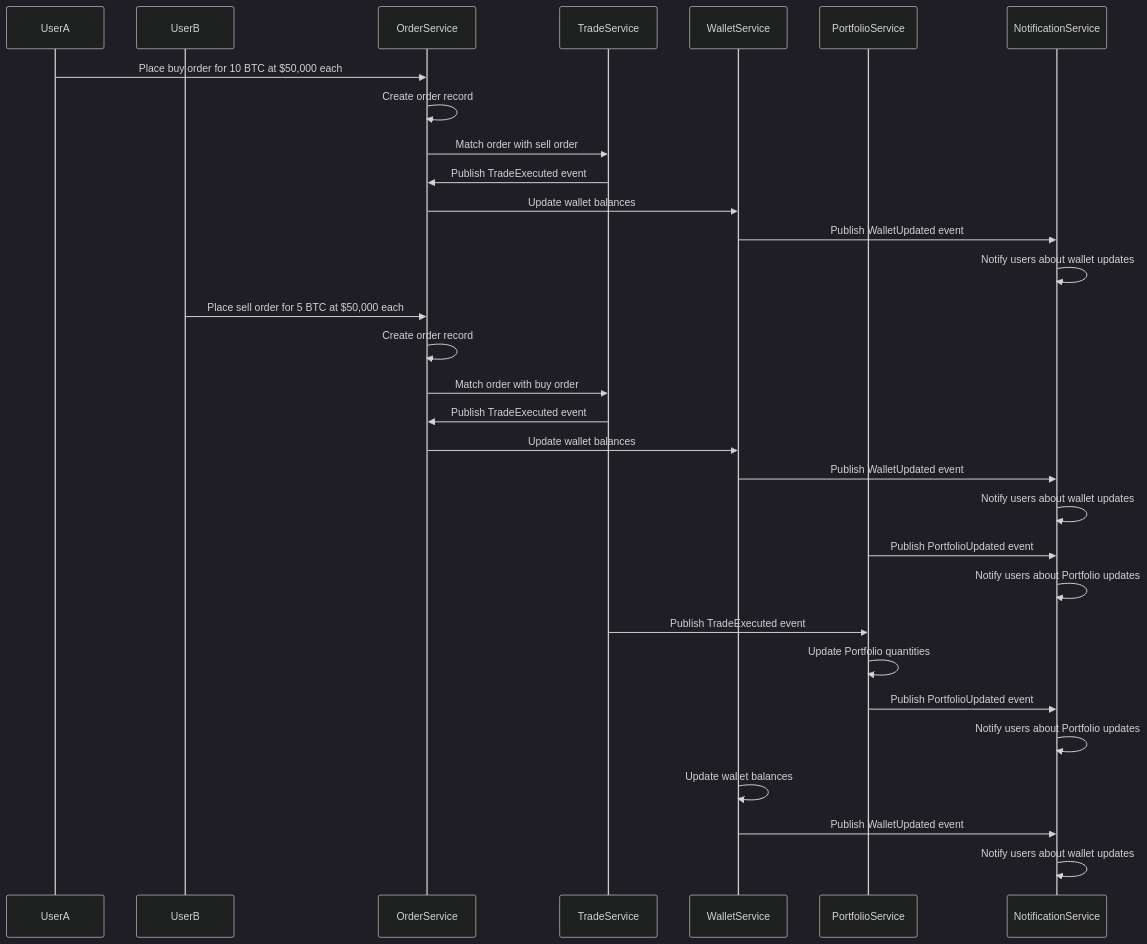
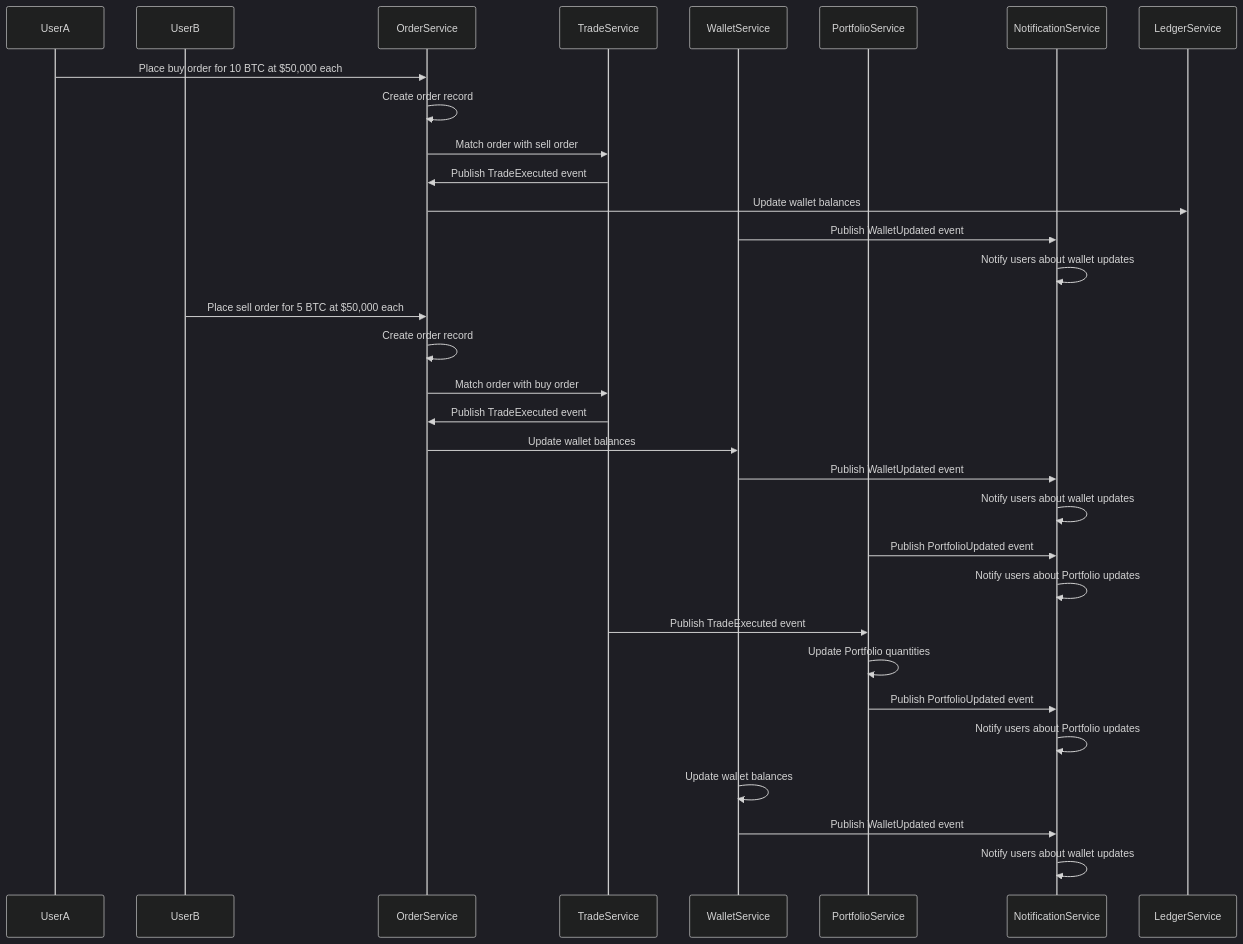
Before and after one commit to chicheongweng/bxn-exchange-design: the diagram in README.md, drawn with Mermaid (dark theme). The commit also changed other lines of this file and 2 other files, not shown here.

Commit message:
update ledger-service

````diff
--- a/README.md
+++ b/README.md
@@ -196,39 +198,39 @@
 ```mermaid
 sequenceDiagram
     participant UserA
     participant UserB
     participant OrderService
     participant TradeService
     participant WalletService
     participant PortfolioService
     participant NotificationService
 
     UserA->>OrderService: Place buy order for 10 BTC at $50,000 each
     OrderService->>OrderService: Create order record
     OrderService->>TradeService: Match order with sell order
     TradeService->>OrderService: Publish TradeExecuted event
-    OrderService->>WalletService: Update wallet balances
+    OrderService->>LedgerService: Update wallet balances
     WalletService->>NotificationService: Publish WalletUpdated event
     NotificationService->>NotificationService: Notify users about wallet updates
 
     UserB->>OrderService: Place sell order for 5 BTC at $50,000 each
     OrderService->>OrderService: Create order record
     OrderService->>TradeService: Match order with buy order
     TradeService->>OrderService: Publish TradeExecuted event
     OrderService->>WalletService: Update wallet balances
     WalletService->>NotificationService: Publish WalletUpdated event
     NotificationService->>NotificationService: Notify users about wallet updates
 
     PortfolioService->>NotificationService: Publish PortfolioUpdated event
     NotificationService->>NotificationService: Notify users about Portfolio updates
 
     TradeService->>PortfolioService: Publish TradeExecuted event
     PortfolioService->>PortfolioService: Update Portfolio quantities
     PortfolioService->>NotificationService: Publish PortfolioUpdated event
     NotificationService->>NotificationService: Notify users about Portfolio updates
 
     WalletService->>WalletService: Update wallet balances
     WalletService->>NotificationService: Publish WalletUpdated event
     NotificationService->>NotificationService: Notify users about wallet updates
 
 ```
````
